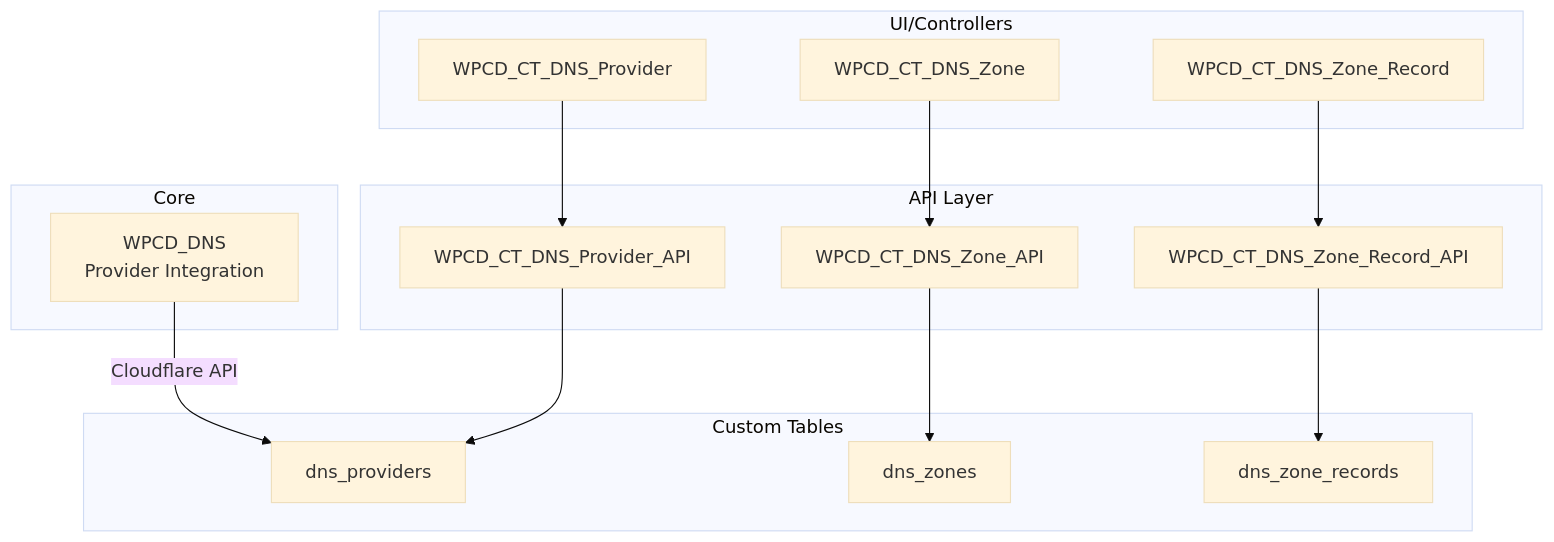
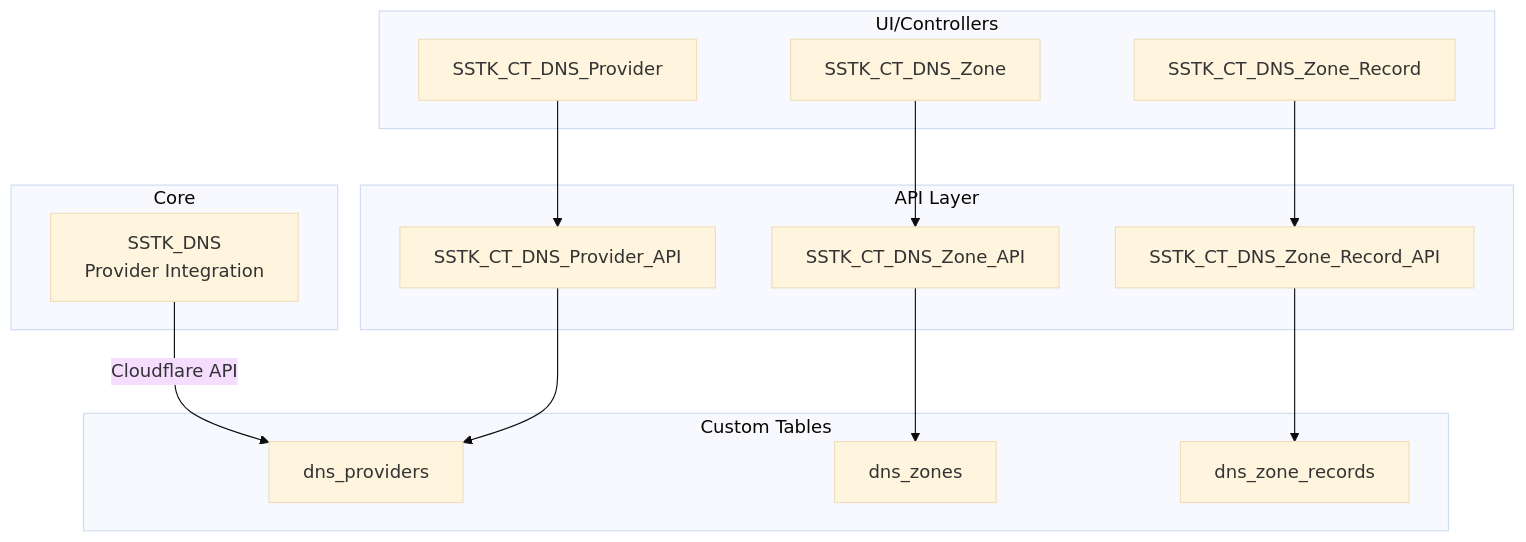
One commit to onedogsolutions/simple-stack changed the first of 7 diagrams in .qoder/repowiki/en/content/Data Management/DNS Data Structures.md. Above: the diagram before and after it, drawn with Mermaid (base theme). The commit also changed other lines of this file and 5941 other files, not shown here.

````diff
--- a/.qoder/repowiki/en/content/Data Management/DNS Data Structures.md
+++ b/.qoder/repowiki/en/content/Data Management/DNS Data Structures.md
@@ -43,28 +43,28 @@
 ```mermaid
 graph TB
 subgraph "Core"
-WPCD_DNS["WPCD_DNS<br/>Provider Integration"]
+SSTK_DNS["SSTK_DNS<br/>Provider Integration"]
 end
 subgraph "Custom Tables"
 Provider["dns_providers"]
 Zones["dns_zones"]
 Records["dns_zone_records"]
 end
 subgraph "API Layer"
-ProviderAPI["WPCD_CT_DNS_Provider_API"]
-ZoneAPI["WPCD_CT_DNS_Zone_API"]
-RecordAPI["WPCD_CT_DNS_Zone_Record_API"]
+ProviderAPI["SSTK_CT_DNS_Provider_API"]
+ZoneAPI["SSTK_CT_DNS_Zone_API"]
+RecordAPI["SSTK_CT_DNS_Zone_Record_API"]
 end
 subgraph "UI/Controllers"
-ProviderModel["WPCD_CT_DNS_Provider"]
-ZoneModel["WPCD_CT_DNS_Zone"]
-RecordModel["WPCD_CT_DNS_Zone_Record"]
+ProviderModel["SSTK_CT_DNS_Provider"]
+ZoneModel["SSTK_CT_DNS_Zone"]
+RecordModel["SSTK_CT_DNS_Zone_Record"]
 end
 ProviderModel --> ProviderAPI
 ZoneModel --> ZoneAPI
 RecordModel --> RecordAPI
 ProviderAPI --> Provider
 ZoneAPI --> Zones
 RecordAPI --> Records
-WPCD_DNS --> |"Cloudflare API"| Provider
+SSTK_DNS --> |"Cloudflare API"| Provider
 ```
````
